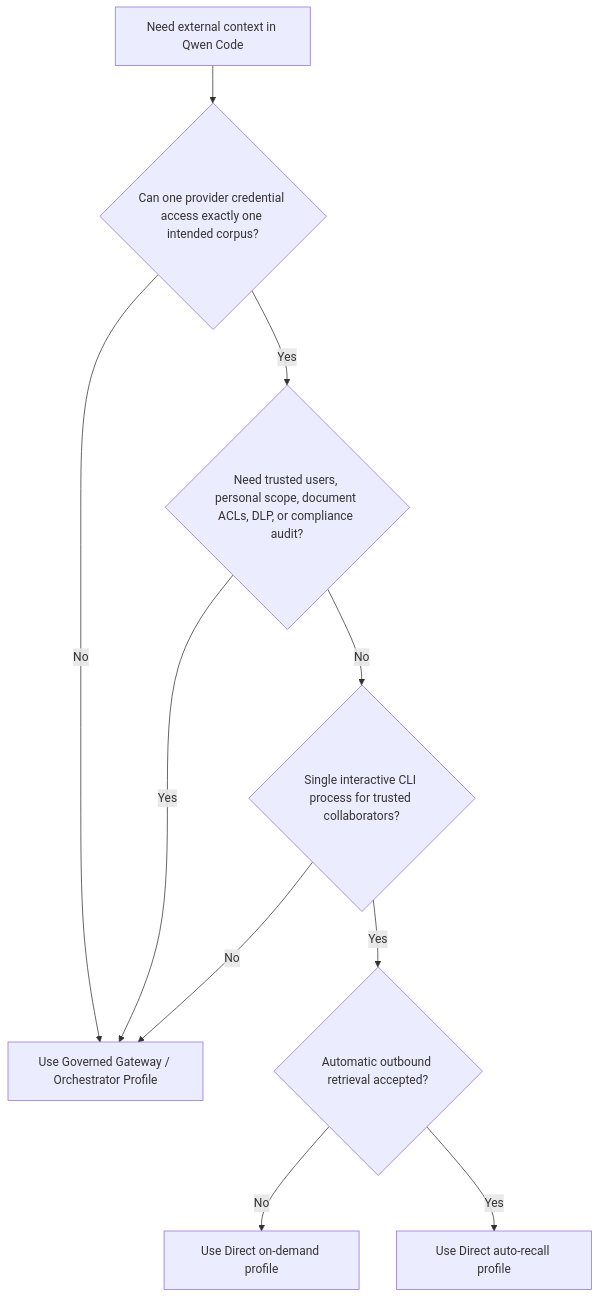
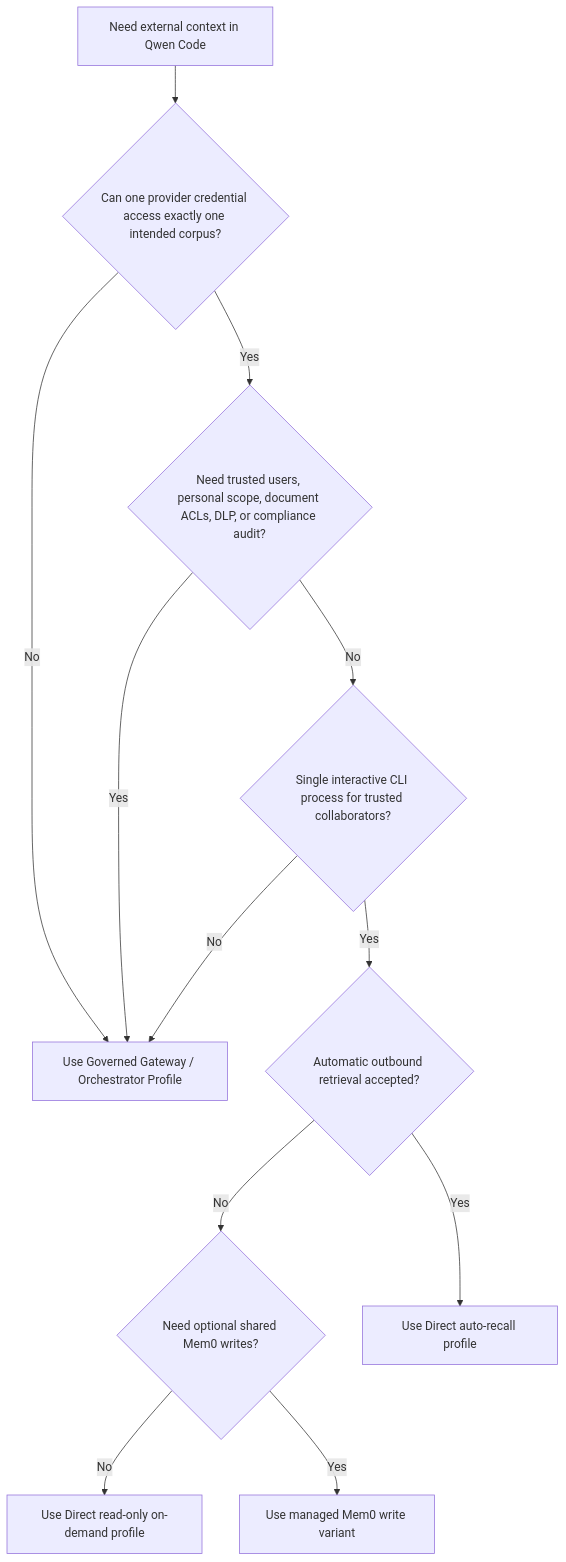
Before and after one commit to QwenLM/qwen-code: the first of 2 diagrams in docs/design/direct-external-context-provider.md, drawn with Mermaid. The commit also changed other lines of this file and 20 other files, not shown here.

Commit message:
feat(external-context): Add optional Mem0 memory writes

````diff
--- a/docs/design/direct-external-context-provider.md
+++ b/docs/design/direct-external-context-provider.md
@@ -68,12 +76,14 @@
 ```mermaid
 flowchart TD
     A["Need external context in Qwen Code"] --> B{"Can one provider credential access exactly one intended corpus?"}
     B -- "No" --> G["Use Governed Gateway / Orchestrator Profile"]
     B -- "Yes" --> C{"Need trusted users, personal scope, document ACLs, DLP, or compliance audit?"}
     C -- "Yes" --> G
     C -- "No" --> D{"Single interactive CLI process for trusted collaborators?"}
     D -- "No" --> G
     D -- "Yes" --> E{"Automatic outbound retrieval accepted?"}
-    E -- "No" --> O["Use Direct on-demand profile"]
+    E -- "No" --> W{"Need optional shared Mem0 writes?"}
+    W -- "No" --> O["Use Direct read-only on-demand profile"]
+    W -- "Yes" --> M["Use managed Mem0 write variant"]
     E -- "Yes" --> R["Use Direct auto-recall profile"]
 ```
````
